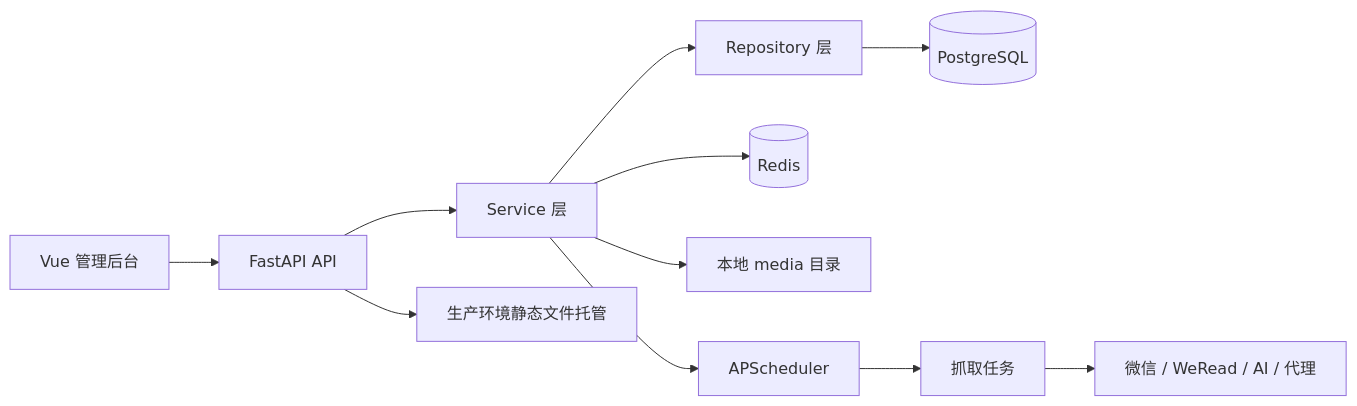
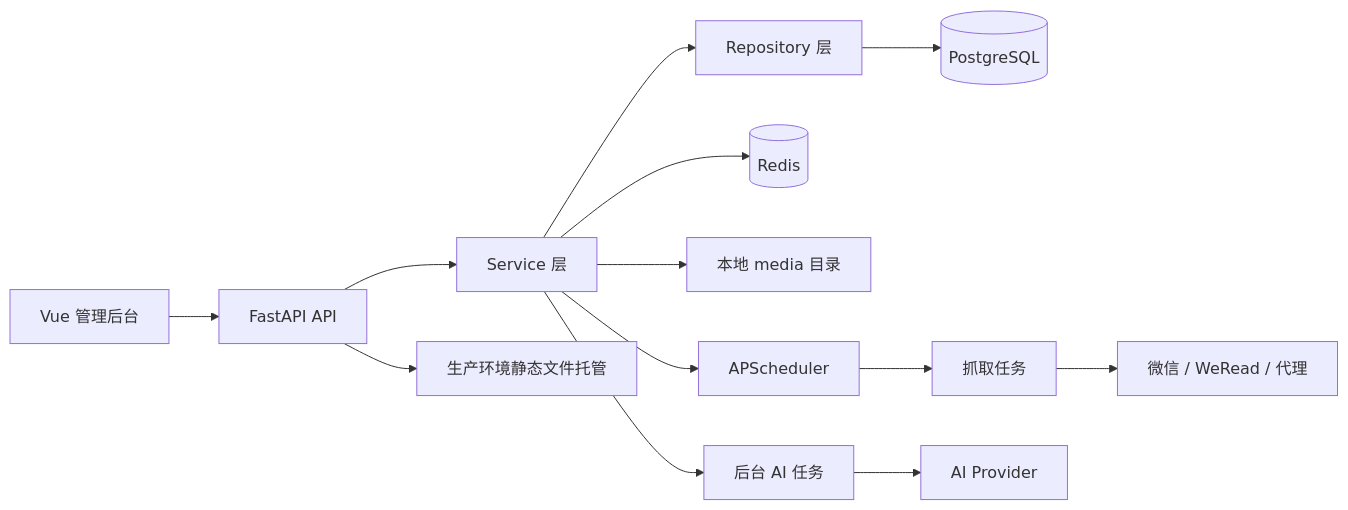
The first of 2 diagrams in docs/technical-design.md (PakhomLeo/Just-We), drawn with Mermaid before and after one commit. The commit also changed other lines of this file and 36 other files, not shown here.

````diff
--- a/docs/technical-design.md
+++ b/docs/technical-design.md
@@ -35,13 +35,15 @@
 ```mermaid
 flowchart LR
     Browser["Vue 管理后台"] --> API["FastAPI API"]
     API --> Services["Service 层"]
     Services --> Repos["Repository 层"]
     Repos --> DB[("PostgreSQL")]
     Services --> Redis[("Redis")]
     Services --> Media["本地 media 目录"]
     Services --> Scheduler["APScheduler"]
     Scheduler --> Fetch["抓取任务"]
-    Fetch --> External["微信 / WeRead / AI / 代理"]
+    Fetch --> External["微信 / WeRead / 代理"]
+    Services --> AIWorker["后台 AI 任务"]
+    AIWorker --> ExternalAI["AI Provider"]
     API --> Static["生产环境静态文件托管"]
 ```
````
